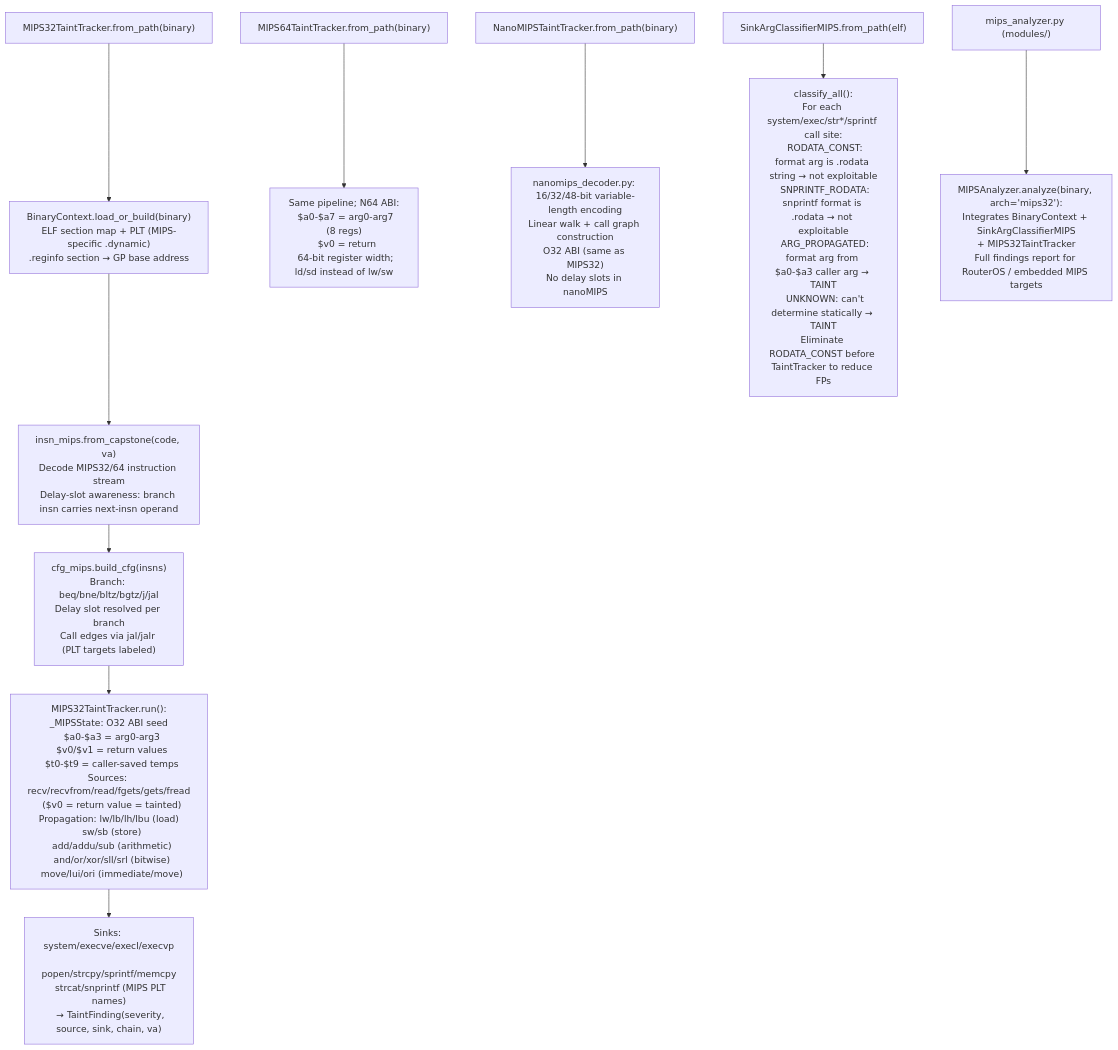
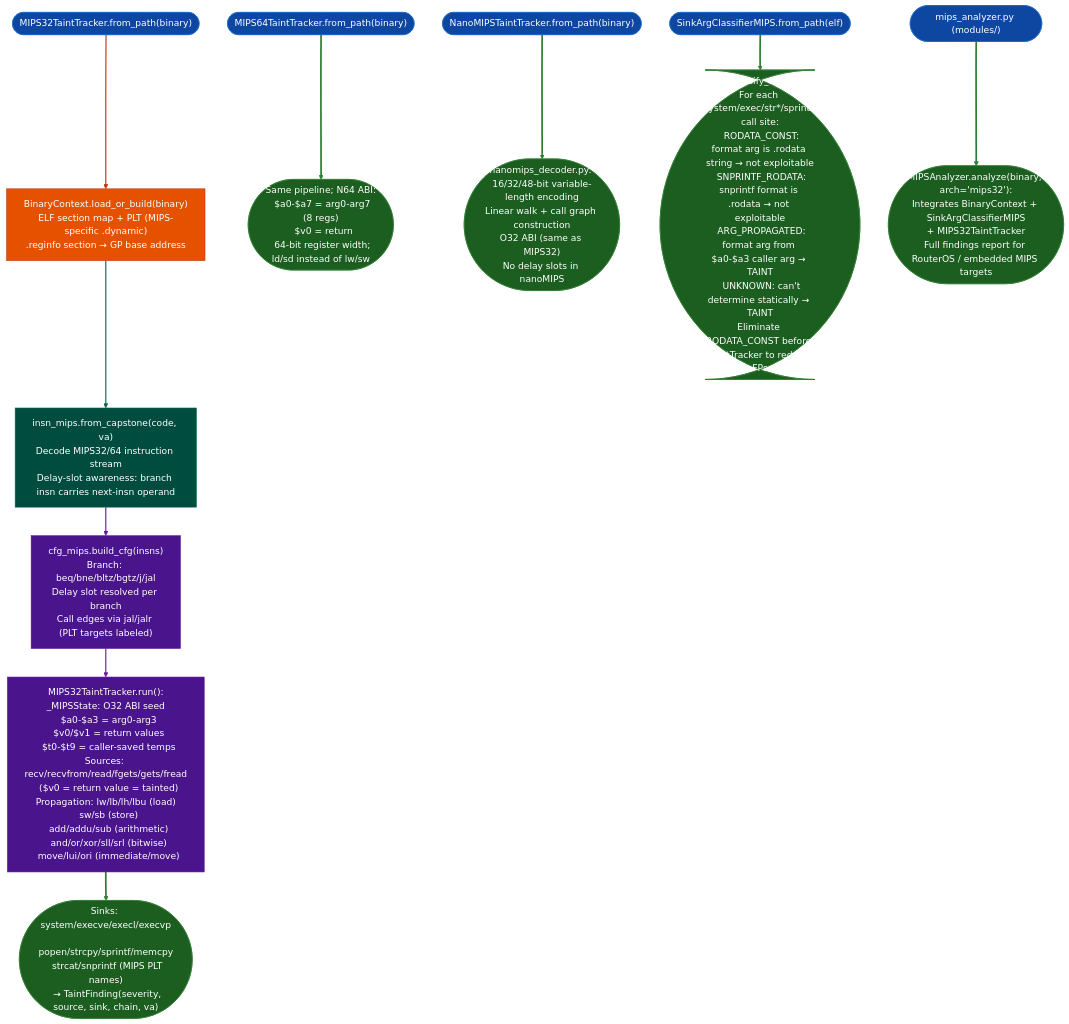
One commit to Ablation-Tool/ablation changed the diagram in docs/reference-modules/mips.md. Above: the diagram before and after it, drawn with Mermaid. The commit also changed 320 other files, not shown here.

First line of the commit message:
docs: apply canonical Mermaid template to all 321 diagrams

````diff
--- a/docs/reference-modules/mips.md
+++ b/docs/reference-modules/mips.md
@@ -19,16 +19,31 @@
 ```mermaid
 flowchart TD
-    A["MIPS32TaintTracker.from_path(binary)"] --> B["BinaryContext.load_or_build(binary)\nELF section map + PLT (MIPS-specific .dynamic)\n.reginfo section → GP base address"]
-    B --> C["insn_mips.from_capstone(code, va)\nDecode MIPS32/64 instruction stream\nDelay-slot awareness: branch insn carries next-insn operand"]
-    C --> D["cfg_mips.build_cfg(insns)\nBranch: beq/bne/bltz/bgtz/j/jal\nDelay slot resolved per branch\nCall edges via jal/jalr (PLT targets labeled)"]
-    D --> E["MIPS32TaintTracker.run():\n_MIPSState: O32 ABI seed\n  $a0-$a3 = arg0-arg3\n  $v0/$v1 = return values\n  $t0-$t9 = caller-saved temps\nSources: recv/recvfrom/read/fgets/gets/fread\n  ($v0 = return value = tainted)\nPropagation: lw/lb/lh/lbu (load)\n  sw/sb (store)\n  add/addu/sub (arithmetic)\n  and/or/xor/sll/srl (bitwise)\n  move/lui/ori (immediate/move)"]
-    E --> F["Sinks: system/execve/execl/execvp\n  popen/strcpy/sprintf/memcpy\n  strcat/snprintf (MIPS PLT names)\n  → TaintFinding(severity, source, sink, chain, va)"]
+    A(["MIPS32TaintTracker.from_path(binary)"]):::input --> B["BinaryContext.load_or_build(binary)\nELF section map + PLT (MIPS-specific .dynamic)\n.reginfo section → GP base address"]:::primary
+    B:::primary --> C["insn_mips.from_capstone(code, va)\nDecode MIPS32/64 instruction stream\nDelay-slot awareness: branch insn carries next-insn operand"]:::secondary
+    C:::secondary --> D["cfg_mips.build_cfg(insns)\nBranch: beq/bne/bltz/bgtz/j/jal\nDelay slot resolved per branch\nCall edges via jal/jalr (PLT targets labeled)"]:::tertiary
+    D:::tertiary --> E["MIPS32TaintTracker.run():\n_MIPSState: O32 ABI seed\n  $a0-$a3 = arg0-arg3\n  $v0/$v1 = return values\n  $t0-$t9 = caller-saved temps\nSources: recv/recvfrom/read/fgets/gets/fread\n  ($v0 = return value = tainted)\nPropagation: lw/lb/lh/lbu (load)\n  sw/sb (store)\n  add/addu/sub (arithmetic)\n  and/or/xor/sll/srl (bitwise)\n  move/lui/ori (immediate/move)"]:::tertiary
+    E:::tertiary --> F(["Sinks: system/execve/execl/execvp\n  popen/strcpy/sprintf/memcpy\n  strcat/snprintf (MIPS PLT names)\n  → TaintFinding(severity, source, sink, chain, va)"]):::output
 
-    G["MIPS64TaintTracker.from_path(binary)"] --> H["Same pipeline; N64 ABI:\n  $a0-$a7 = arg0-arg7 (8 regs)\n  $v0 = return\n  64-bit register width; ld/sd instead of lw/sw"]
+    G(["MIPS64TaintTracker.from_path(binary)"]):::input --> H(["Same pipeline; N64 ABI:\n  $a0-$a7 = arg0-arg7 (8 regs)\n  $v0 = return\n  64-bit register width; ld/sd instead of lw/sw"]):::output
 
-    I["NanoMIPSTaintTracker.from_path(binary)"] --> J["nanomips_decoder.py: 16/32/48-bit variable-length encoding\nLinear walk + call graph construction\nO32 ABI (same as MIPS32)\nNo delay slots in nanoMIPS"]
+    I(["NanoMIPSTaintTracker.from_path(binary)"]):::input --> J(["nanomips_decoder.py: 16/32/48-bit variable-length encoding\nLinear walk + call graph construction\nO32 ABI (same as MIPS32)\nNo delay slots in nanoMIPS"]):::output
 
-    K["SinkArgClassifierMIPS.from_path(elf)"] --> L["classify_all():\nFor each system/exec/str*/sprintf call site:\n  RODATA_CONST: format arg is .rodata string → not exploitable\n  SNPRINTF_RODATA: snprintf format is .rodata → not exploitable\n  ARG_PROPAGATED: format arg from $a0-$a3 caller arg → TAINT\n  UNKNOWN: can't determine statically → TAINT\nEliminate RODATA_CONST before TaintTracker to reduce FPs"]
+    K(["SinkArgClassifierMIPS.from_path(elf)"]):::input --> L(["classify_all():\nFor each system/exec/str*/sprintf call site:\n  RODATA_CONST: format arg is .rodata string → not exploitable\n  SNPRINTF_RODATA: snprintf format is .rodata → not exploitable\n  ARG_PROPAGATED: format arg from $a0-$a3 caller arg → TAINT\n  UNKNOWN: can't determine statically → TAINT\nEliminate RODATA_CONST before TaintTracker to reduce FPs"]):::output
 
-    M["mips_analyzer.py (modules/)"] --> N["MIPSAnalyzer.analyze(binary, arch='mips32'):\nIntegrates BinaryContext + SinkArgClassifierMIPS\n+ MIPS32TaintTracker\nFull findings report for RouterOS / embedded MIPS targets"]
+    M(["mips_analyzer.py (modules/)"]):::input --> N(["MIPSAnalyzer.analyze(binary, arch='mips32'):\nIntegrates BinaryContext + SinkArgClassifierMIPS\n+ MIPS32TaintTracker\nFull findings report for RouterOS / embedded MIPS targets"]):::output
+    classDef input     fill:#0d47a1,stroke:#1565c0,color:#fff
+    classDef primary   fill:#e65100,stroke:#bf360c,color:#fff
+    classDef secondary fill:#004d40,stroke:#00695c,color:#fff
+    classDef tertiary  fill:#4a148c,stroke:#6a1b9a,color:#fff
+    classDef neutral   fill:#37474f,stroke:#546e7a,color:#fff
+    classDef output    fill:#1b5e20,stroke:#2e7d32,color:#fff
+    linkStyle 0 stroke:#bf360c,stroke-width:2px
+    linkStyle 1 stroke:#00695c,stroke-width:2px
+    linkStyle 2 stroke:#6a1b9a,stroke-width:2px
+    linkStyle 3 stroke:#6a1b9a,stroke-width:2px
+    linkStyle 4 stroke:#2e7d32,stroke-width:3px
+    linkStyle 5 stroke:#2e7d32,stroke-width:3px
+    linkStyle 6 stroke:#2e7d32,stroke-width:3px
+    linkStyle 7 stroke:#2e7d32,stroke-width:3px
+    linkStyle 8 stroke:#2e7d32,stroke-width:3px
 ```
````
